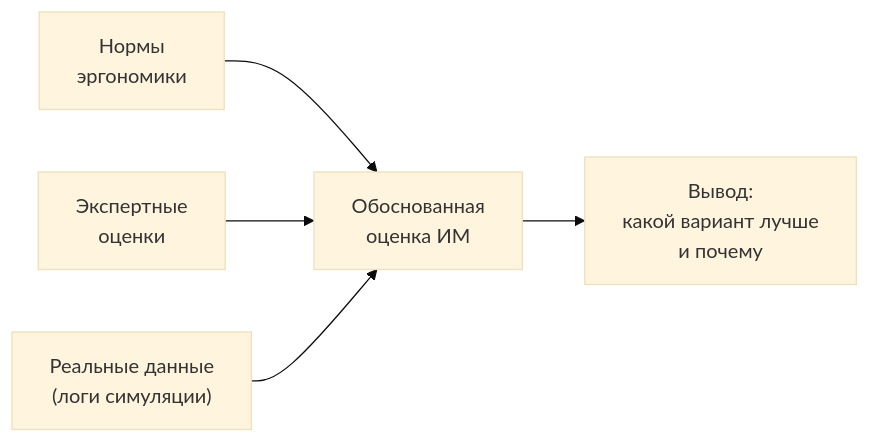
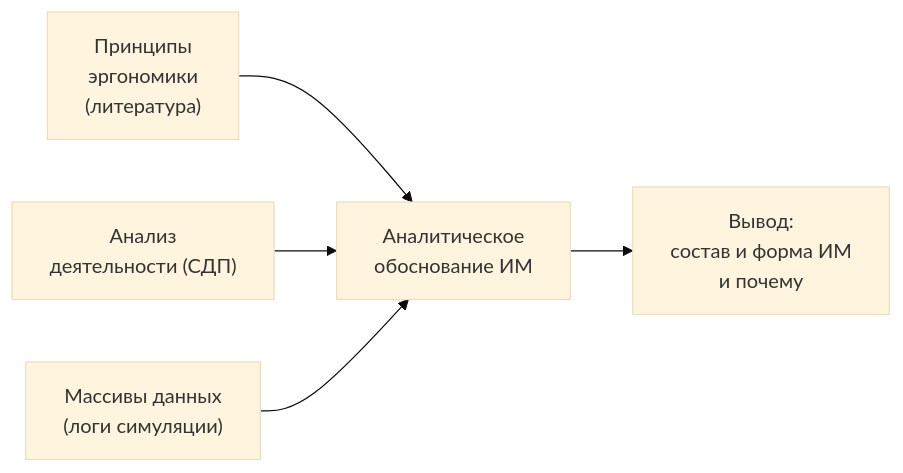
One commit to RedAlexDad/WalkingRobotSim changed the ninth of 19 diagrams in docs/ergonomics-methodology/kr-topic-consultation-report.md. Above: the diagram before and after it, drawn with Mermaid (base theme). The commit also changed other lines of this file and 1 other file, not shown here.

````diff
--- a/docs/ergonomics-methodology/kr-topic-consultation-report.md
+++ b/docs/ergonomics-methodology/kr-topic-consultation-report.md
@@ -558,7 +567,7 @@
 ```mermaid
 graph LR
-    L["Нормы<br/>эргономики"] --> J["Обоснованная<br/>оценка ИМ"]
-    X["Экспертные<br/>оценки"] --> J
-    D["Реальные данные<br/>(логи симуляции)"] --> J
-    J --> C["Вывод:<br/>какой вариант лучше<br/>и почему"]
+    L["Принципы<br/>эргономики<br/>(литература)"] --> J["Аналитическое<br/>обоснование ИМ"]
+    X["Анализ<br/>деятельности (СДП)"] --> J
+    D["Массивы данных<br/>(логи симуляции)"] --> J
+    J --> C["Вывод:<br/>состав и форма ИМ<br/>и почему"]
 ```
````
